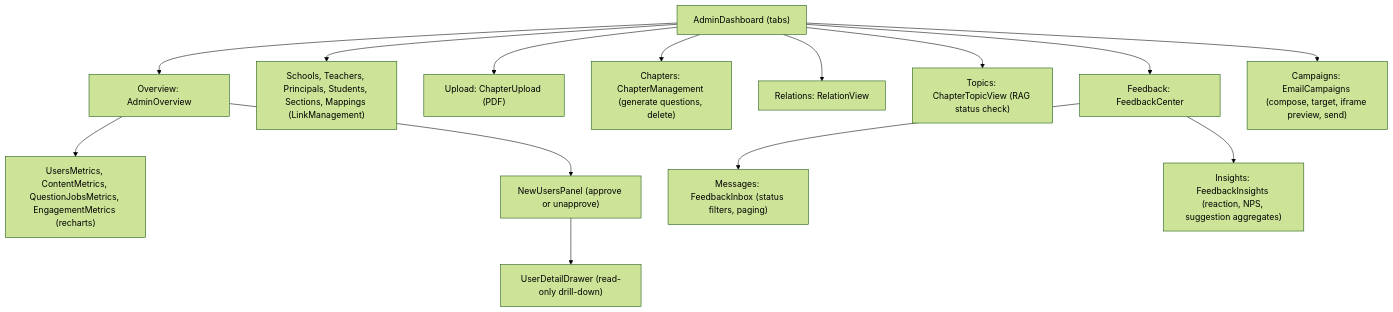
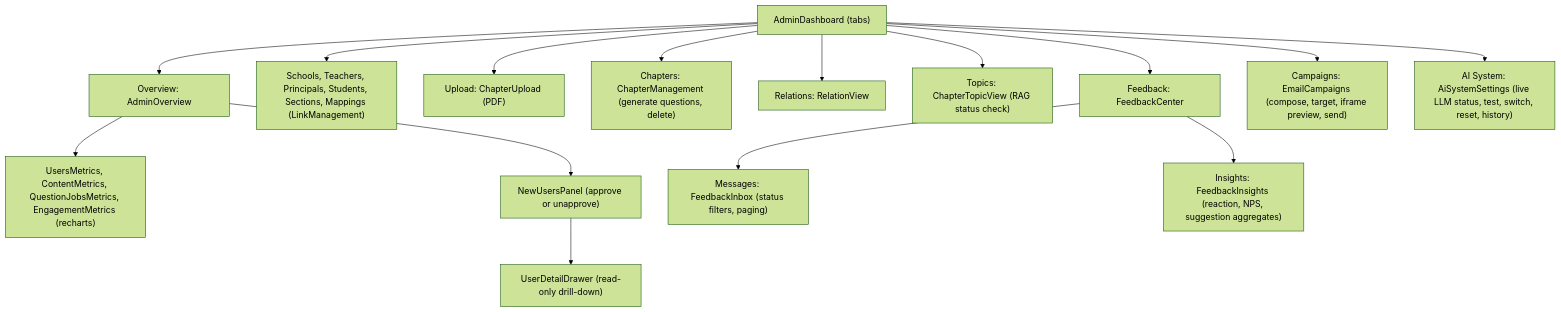
The fifth of 14 diagrams in docs/frontend/lld.md (AskAide-AI/docs), drawn with Mermaid (forest theme) before and after one commit. The commit also changed other lines of this file and 19 other files, not shown here.

First line of the commit message:
docs: document live llm switching from the admin ai system tab

````diff
--- a/docs/frontend/lld.md
+++ b/docs/frontend/lld.md
@@ -318,16 +318,17 @@
 ```mermaid
 flowchart TD
   AD["AdminDashboard (tabs)"] --> OV["Overview: AdminOverview"]
   OV --> M1["UsersMetrics, ContentMetrics, QuestionJobsMetrics, EngagementMetrics (recharts)"]
   OV --> NU["NewUsersPanel (approve or unapprove)"]
   NU --> UD["UserDetailDrawer (read-only drill-down)"]
   AD --> CRUD["Schools, Teachers, Principals, Students, Sections, Mappings (LinkManagement)"]
   AD --> UP["Upload: ChapterUpload (PDF)"]
   AD --> CM["Chapters: ChapterManagement (generate questions, delete)"]
   AD --> RV["Relations: RelationView"]
   AD --> TV["Topics: ChapterTopicView (RAG status check)"]
   AD --> FC["Feedback: FeedbackCenter"]
   FC --> FI["Messages: FeedbackInbox (status filters, paging)"]
   FC --> FIN["Insights: FeedbackInsights (reaction, NPS, suggestion aggregates)"]
   AD --> EC["Campaigns: EmailCampaigns (compose, target, iframe preview, send)"]
+  AD --> AIS["AI System: AiSystemSettings (live LLM status, test, switch, reset, history)"]
 ```
````
